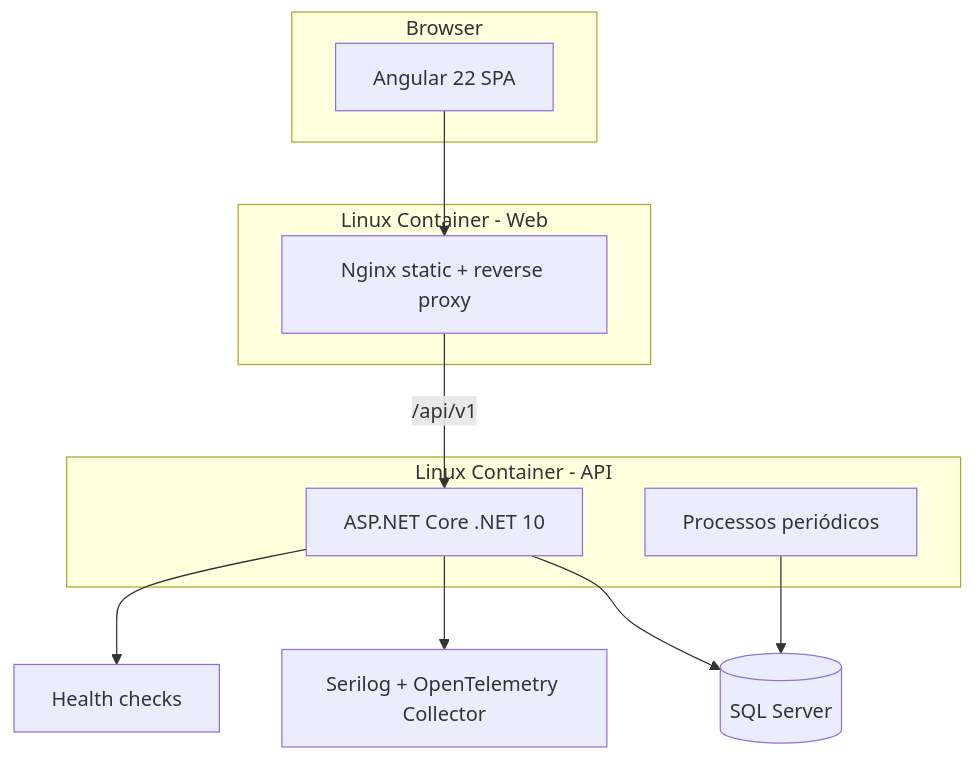
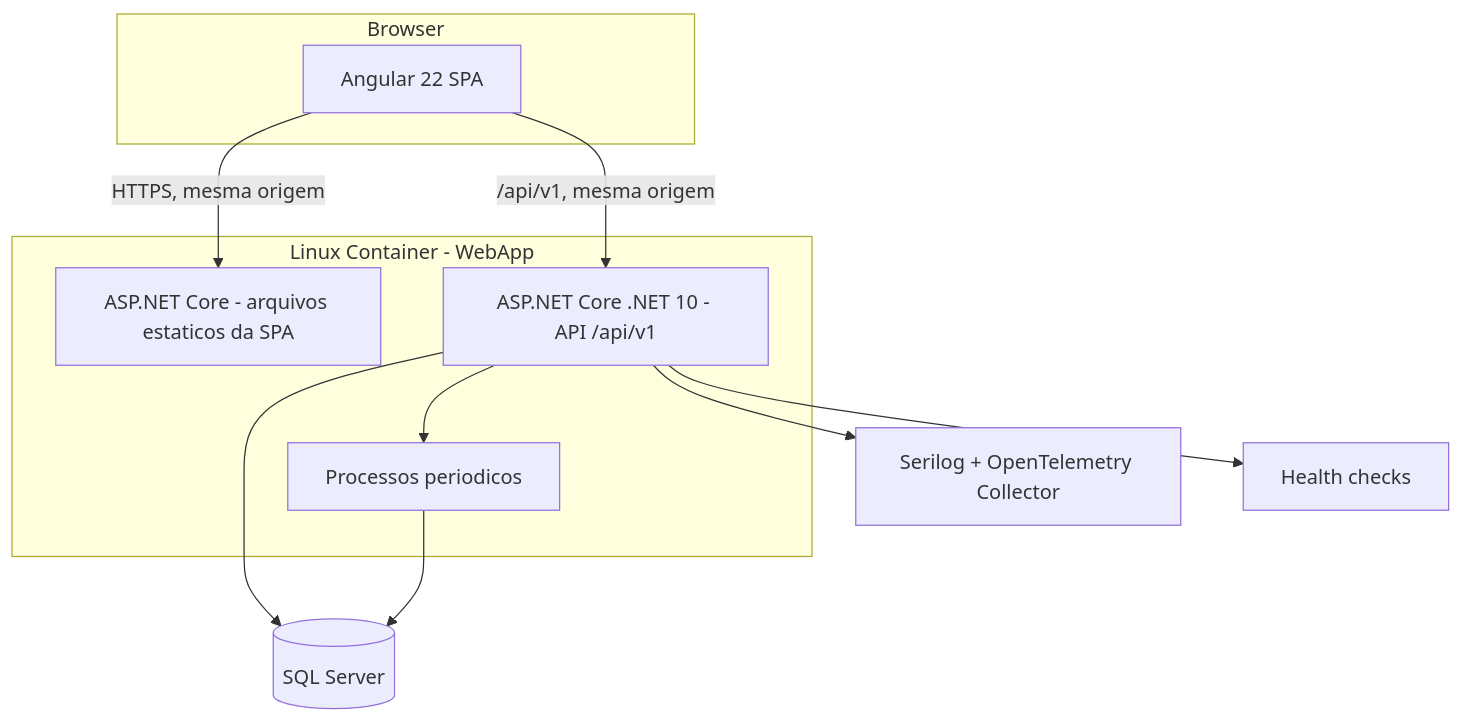
One commit to buenoIago/PontoBarber changed the second of 2 diagrams in docs/TDD.md. Above: the diagram before and after it, drawn with Mermaid. The commit also changed other lines of this file and 4 other files, not shown here.

````diff
--- a/docs/TDD.md
+++ b/docs/TDD.md
@@ -202,19 +202,18 @@
 ```mermaid
 flowchart TB
   subgraph Browser
     SPA[Angular 22 SPA]
   end
-  subgraph Linux Container - Web
-    NGINX[Nginx static + reverse proxy]
-    SPA --> NGINX
+  subgraph Linux Container - WebApp
+    ESTATICOS[ASP.NET Core - arquivos estaticos da SPA]
+    API[ASP.NET Core .NET 10 - API /api/v1]
+    Q[Processos periodicos]
+    SPA -->|HTTPS, mesma origem| ESTATICOS
+    SPA -->|/api/v1, mesma origem| API
+    API --> Q
   end
-  subgraph Linux Container - API
-    API[ASP.NET Core .NET 10]
-    Q[Processos periódicos]
-  end
-  NGINX -->|/api/v1| API
   API --> DB[(SQL Server)]
   Q --> DB
   API --> LOG[Serilog + OpenTelemetry Collector]
   API --> HC[Health checks]
 ```
````
